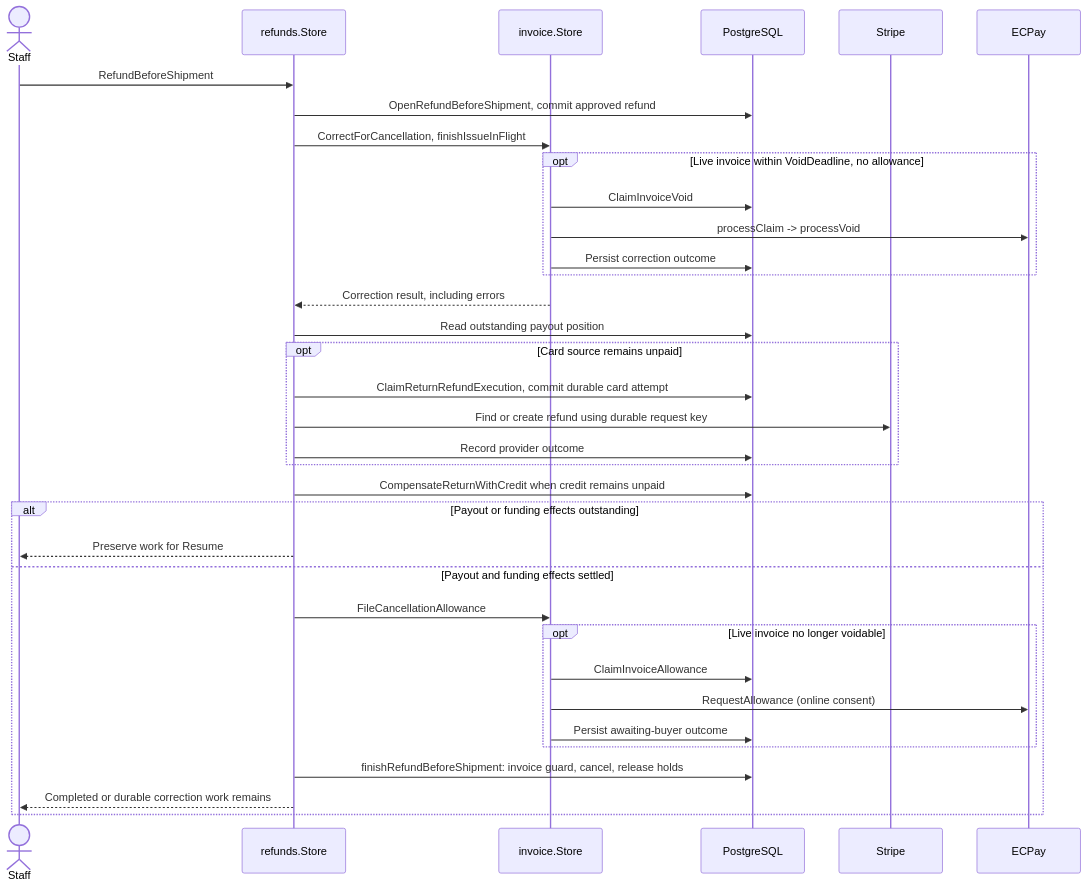
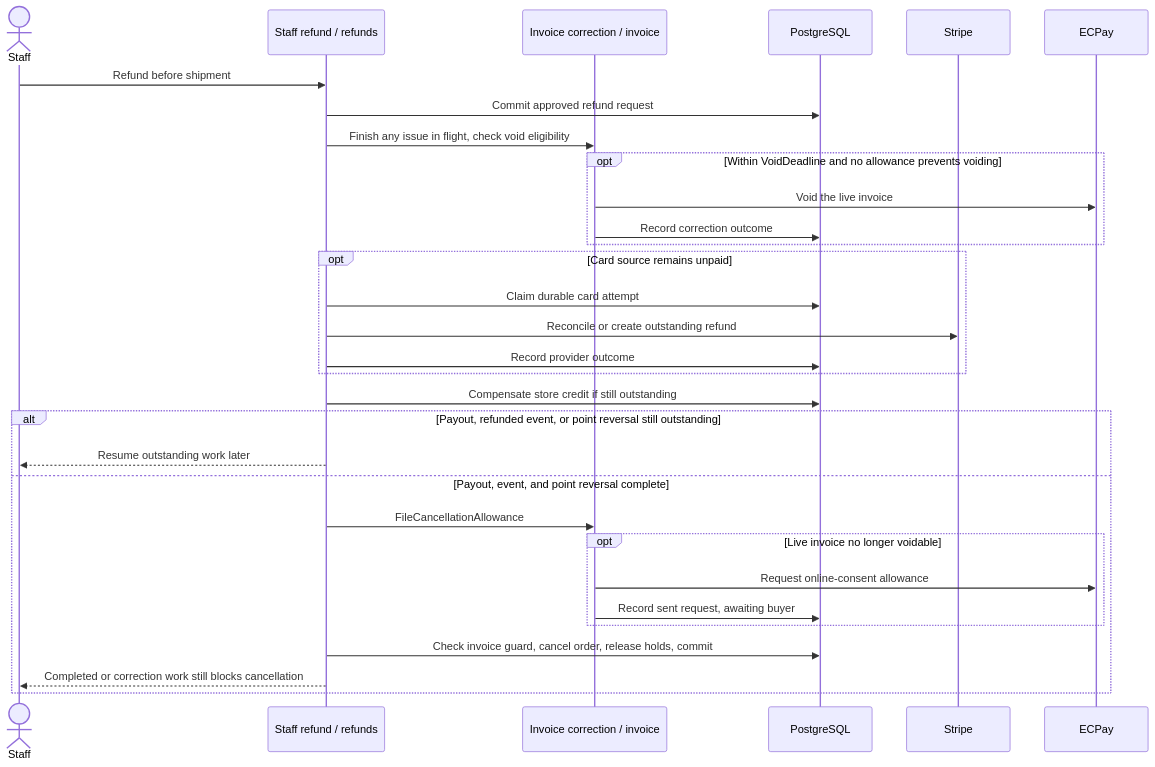
Before and after one commit to Koopa0/goen: the fourth of 8 diagrams in ARCHITECTURE.md, drawn with Mermaid. The commit also changed other lines of this file, not shown here.

Commit message:
docs: explain system responsibilities before implementation

````diff
--- a/ARCHITECTURE.md
+++ b/ARCHITECTURE.md
@@ -339,37 +152,33 @@
 ```mermaid
 sequenceDiagram
     actor Staff
-    participant R as refunds.Store
-    participant I as invoice.Store
+    participant Refund as Staff refund / refunds
+    participant Invoice as Invoice correction / invoice
     participant DB as PostgreSQL
     participant Stripe
     participant ECPay
-    Staff->>R: RefundBeforeShipment
-    R->>DB: OpenRefundBeforeShipment, commit approved refund
-    R->>I: CorrectForCancellation, finishIssueInFlight
-    opt Live invoice within VoidDeadline, no allowance
-        I->>DB: ClaimInvoiceVoid
-        I->>ECPay: processClaim -> processVoid
-        I->>DB: Persist correction outcome
+    Staff->>Refund: Refund before shipment
+    Refund->>DB: Commit approved refund request
+    Refund->>Invoice: Finish any issue in flight, check void eligibility
+    opt Within VoidDeadline and no allowance prevents voiding
+        Invoice->>ECPay: Void the live invoice
+        Invoice->>DB: Record correction outcome
     end
-    I-->>R: Correction result, including errors
-    R->>DB: Read outstanding payout position
     opt Card source remains unpaid
-        R->>DB: ClaimReturnRefundExecution, commit durable card attempt
-        R->>Stripe: Find or create refund using durable request key
-        R->>DB: Record provider outcome
+        Refund->>DB: Claim durable card attempt
+        Refund->>Stripe: Reconcile or create outstanding refund
+        Refund->>DB: Record provider outcome
     end
-    R->>DB: CompensateReturnWithCredit when credit remains unpaid
-    alt Payout or funding effects outstanding
-        R-->>Staff: Preserve work for Resume
-    else Payout and funding effects settled
-        R->>I: FileCancellationAllowance
+    Refund->>DB: Compensate store credit if still outstanding
+    alt Payout, refunded event, or point reversal still outstanding
+        Refund-->>Staff: Resume outstanding work later
+    else Payout, event, and point reversal complete
+        Refund->>Invoice: FileCancellationAllowance
         opt Live invoice no longer voidable
-            I->>DB: ClaimInvoiceAllowance
-            I->>ECPay: RequestAllowance (online consent)
-            I->>DB: Persist awaiting-buyer outcome
+            Invoice->>ECPay: Request online-consent allowance
+            Invoice->>DB: Record sent request, awaiting buyer
         end
-        R->>DB: finishRefundBeforeShipment: invoice guard, cancel, release holds
-        R-->>Staff: Completed or durable correction work remains
+        Refund->>DB: Check invoice guard, cancel order, release holds, commit
+        Refund-->>Staff: Completed or correction work still blocks cancellation
     end
 ```
````
